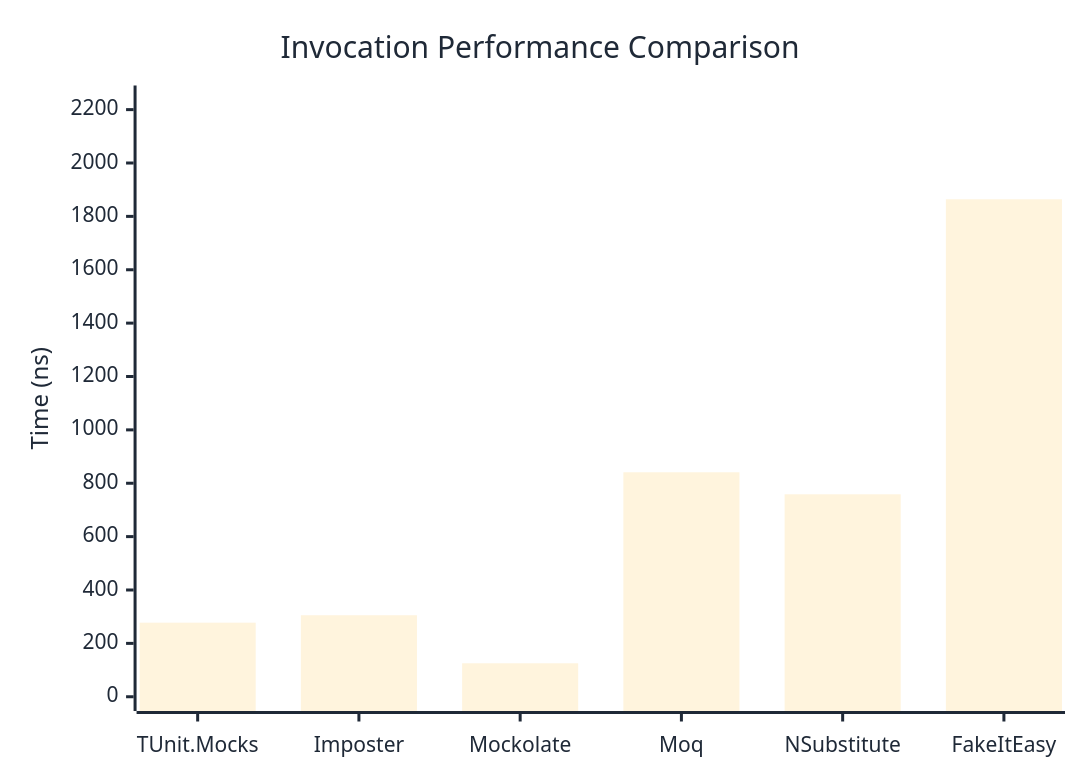
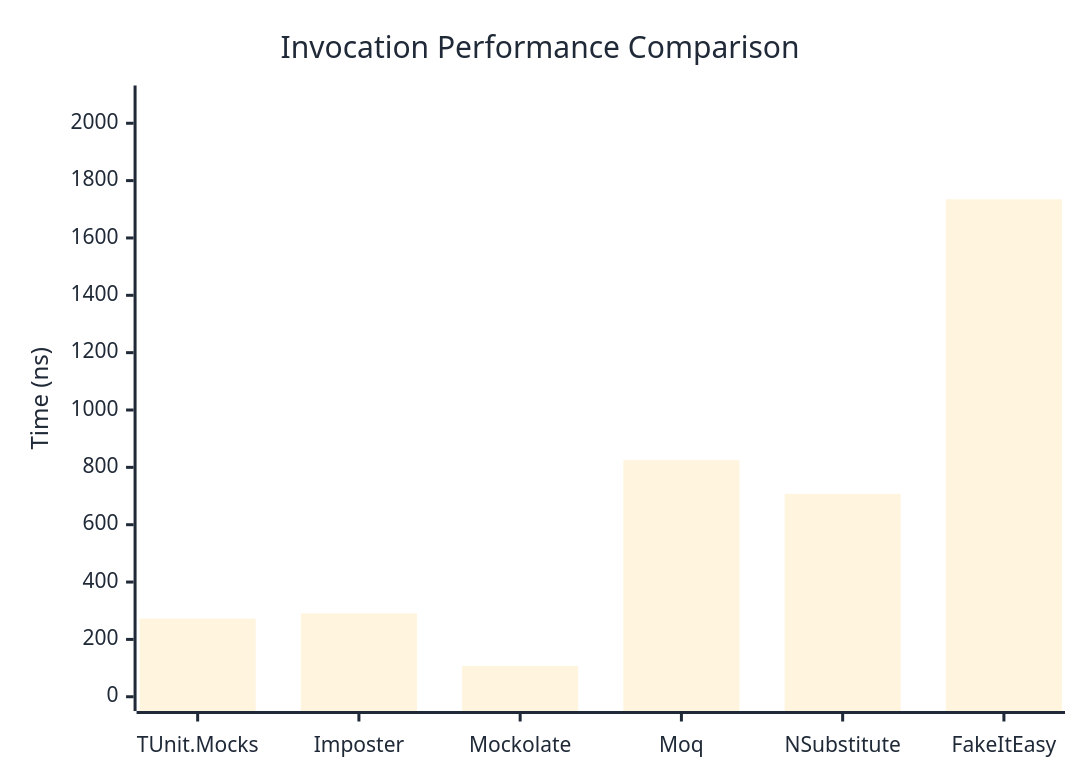
One commit to thomhurst/TUnit changed the first of 3 diagrams in docs/docs/benchmarks/mocks/Invocation.md. Above: the diagram before and after it, drawn with Mermaid. The commit also changed other lines of this file and 14 other files, not shown here.

````diff
--- a/docs/docs/benchmarks/mocks/Invocation.md
+++ b/docs/docs/benchmarks/mocks/Invocation.md
@@ -30,27 +30,27 @@
 ```mermaid
 %%{init: {
   'theme':'base',
   'themeVariables': {
     'primaryColor': '#2563eb',
     'primaryTextColor': '#1f2937',
     'primaryBorderColor': '#1e40af',
     'lineColor': '#6b7280',
     'secondaryColor': '#7c3aed',
     'tertiaryColor': '#dc2626',
     'background': '#ffffff',
     'pie1': '#2563eb',
     'pie2': '#7c3aed',
     'pie3': '#dc2626',
     'pie4': '#f59e0b',
     'pie5': '#10b981',
     'pie6': '#06b6d4',
     'pie7': '#ec4899',
     'pie8': '#6366f1'
   }
 }}%%
 xychart-beta
   title "Invocation Performance Comparison"
   x-axis ["TUnit.Mocks", "Imposter", "Mockolate", "Moq", "NSubstitute", "FakeItEasy"]
-  y-axis "Time (ns)" 0 --> 2237
-  bar [277.6, 305.4, 125.4, 841.1, 758.6, 1864.1]
+  y-axis "Time (ns)" 0 --> 2082
+  bar [272.45, 290.68, 107.48, 825.07, 707.78, 1734.81]
 ```
````
